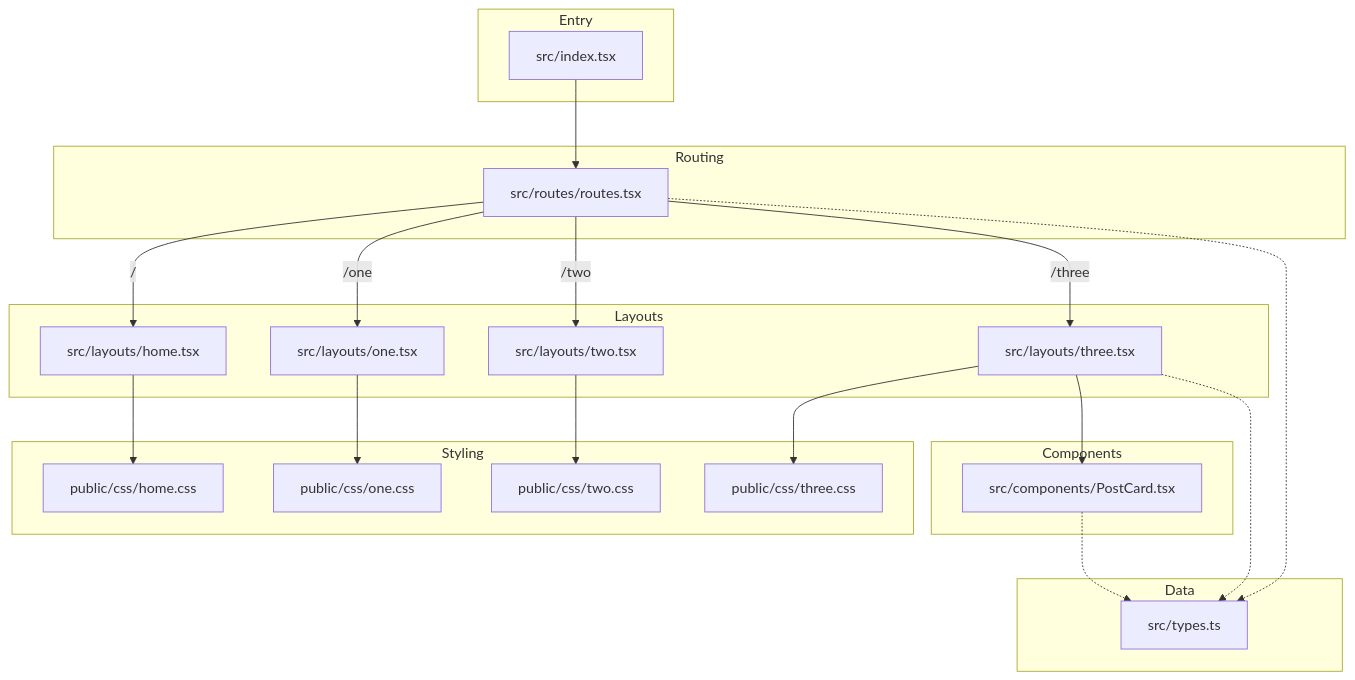
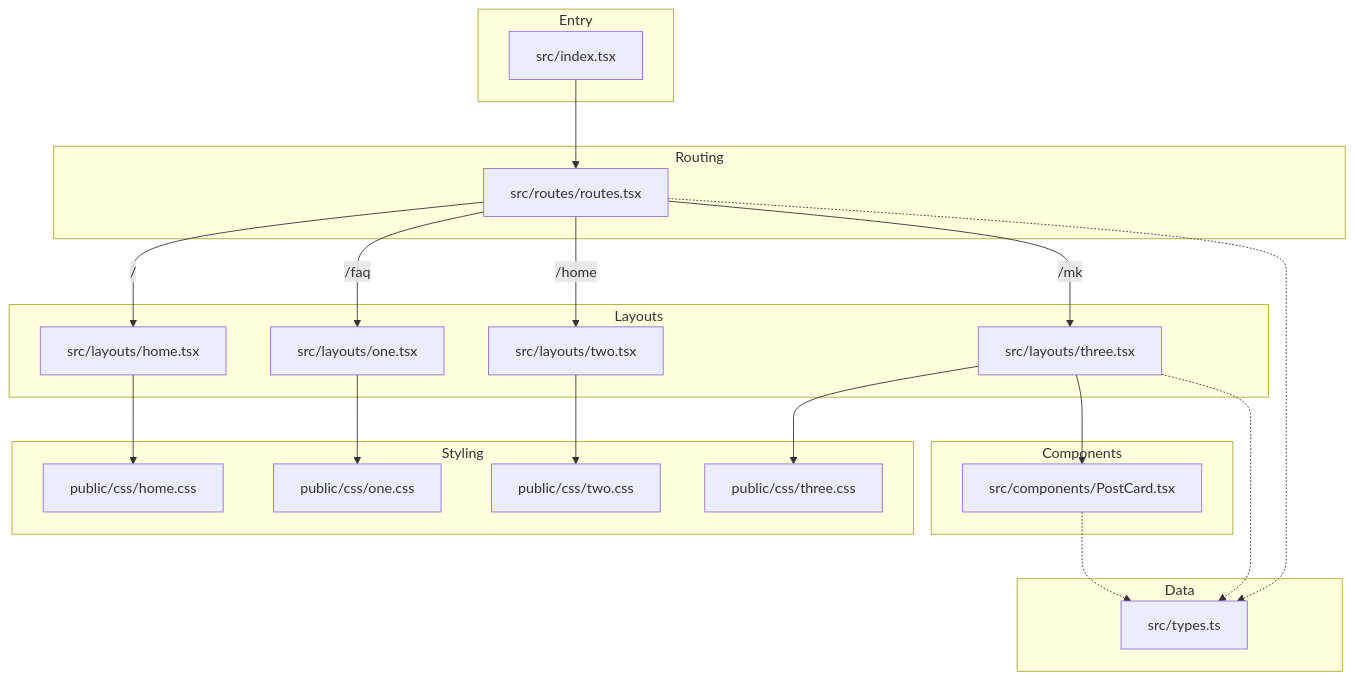
The diagram in DIAGRAM.md (Rui-s0s/UI-Deploying), drawn with Mermaid before and after one commit. The commit also changed other lines of this file, not shown here.

Commit message:
fix: Diagrama actualizado

````diff
--- a/DIAGRAM.md
+++ b/DIAGRAM.md
@@ -5,54 +5,52 @@
 ```mermaid
 graph TD
     subgraph Entry
         Index["src/index.tsx"]
     end
 
     subgraph Routing
         Routes["src/routes/routes.tsx"]
     end
 
     subgraph Layouts
         Home["src/layouts/home.tsx"]
         One["src/layouts/one.tsx"]
         Two["src/layouts/two.tsx"]
         Three["src/layouts/three.tsx"]
     end
 
     subgraph Components
         PostCardComp["src/components/PostCard.tsx"]
     end
 
     subgraph Styling
         CSS_Home["public/css/home.css"]
         CSS_One["public/css/one.css"]
         CSS_Two["public/css/two.css"]
         CSS_Three["public/css/three.css"]
     end
 
     subgraph Data
         Types["src/types.ts"]
     end
 
     %% Connections
     Index --> Routes
     
     Routes -- "/" --> Home
-    Routes -- "/one" --> One
-    Routes -- "/two" --> Two
-    Routes -- "/three" --> Three
+    Routes -- "/faq" --> One
+    Routes -- "/home" --> Two
+    Routes -- "/mk" --> Three
     
-    %% Three Layout specifics
+    %% Layout specifics
     Three --> PostCardComp
     Three --> CSS_Three
+    Home --> CSS_Home
+    One --> CSS_One
+    Two --> CSS_Two
     
-    %% Components and Types
+    %% Data and Types
     PostCardComp -.-> Types
     Three -.-> Types
     Routes -.-> Types
-    
-    %% Other Styles
-    Home --> CSS_Home
-    One --> CSS_One
-    Two --> CSS_Two
 ```
````
